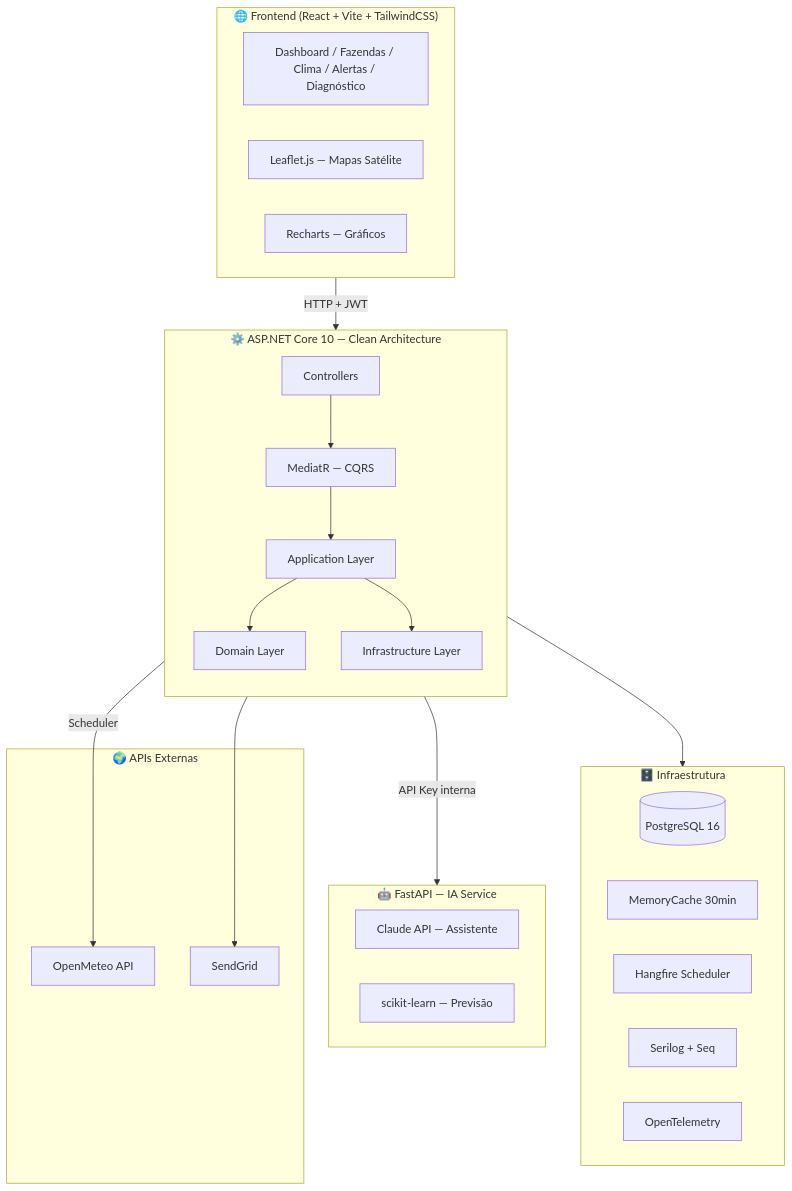
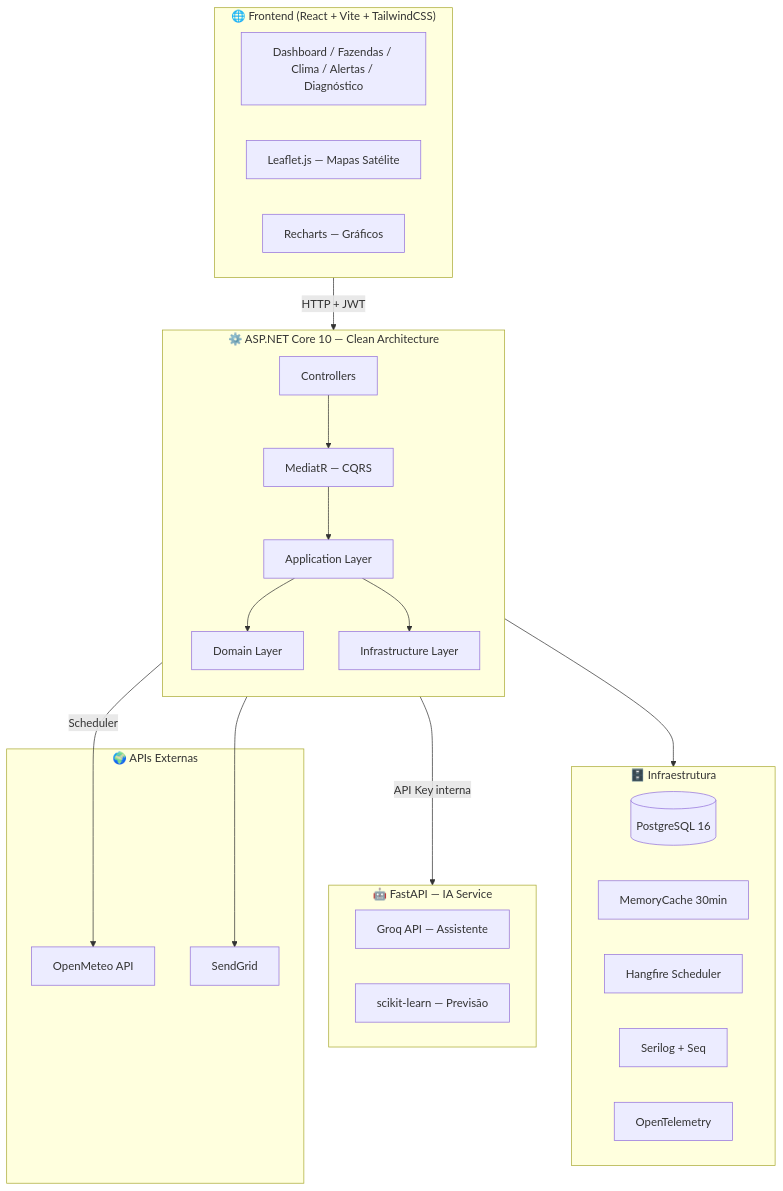
One commit to alessandro-a11y/agromind-ai changed the first of 2 diagrams in README.md. Above: the diagram before and after it, drawn with Mermaid. The commit also changed other lines of this file and 44 other files, not shown here.

````diff
--- a/README.md
+++ b/README.md
@@ -39,43 +39,43 @@
 ```mermaid
 flowchart TB
     subgraph Frontend["🌐 Frontend (React + Vite + TailwindCSS)"]
         UI[Dashboard / Fazendas / Clima / Alertas / Diagnóstico]
         MAP[Leaflet.js — Mapas Satélite]
         CHARTS[Recharts — Gráficos]
     end
 
     subgraph API["⚙️ ASP.NET Core 10 — Clean Architecture"]
         direction TB
         CTRL[Controllers]
         MED[MediatR — CQRS]
         APP[Application Layer]
         DOMAIN[Domain Layer]
         INFRA[Infrastructure Layer]
         CTRL --> MED --> APP --> DOMAIN
         APP --> INFRA
     end
 
     subgraph Infra["🗄️ Infraestrutura"]
         PG[(PostgreSQL 16)]
         CACHE[MemoryCache 30min]
         HANGFIRE[Hangfire Scheduler]
         SERILOG[Serilog + Seq]
         OT[OpenTelemetry]
     end
 
     subgraph AIService["🤖 FastAPI — IA Service"]
-        CLAUDE[Claude API — Assistente]
+        GROQ[Groq API — Assistente]
         ML[scikit-learn — Previsão]
     end
 
     subgraph External["🌍 APIs Externas"]
         OPENMETEO[OpenMeteo API]
         SENDGRID[SendGrid]
     end
 
     Frontend -->|HTTP + JWT| API
     API --> Infra
     API -->|API Key interna| AIService
     INFRA -->|Scheduler| OPENMETEO
     INFRA --> SENDGRID
 ```
````
